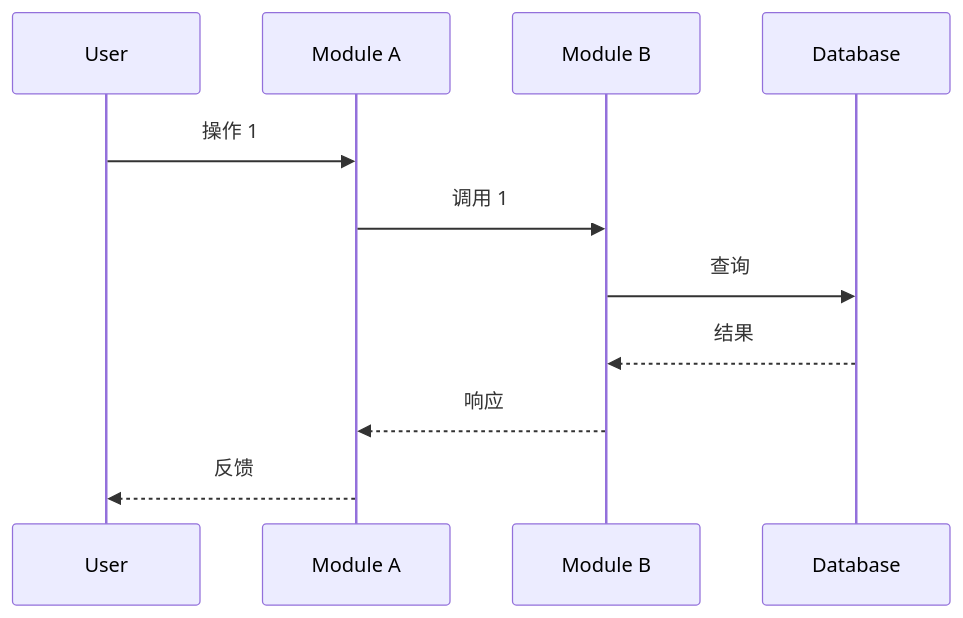
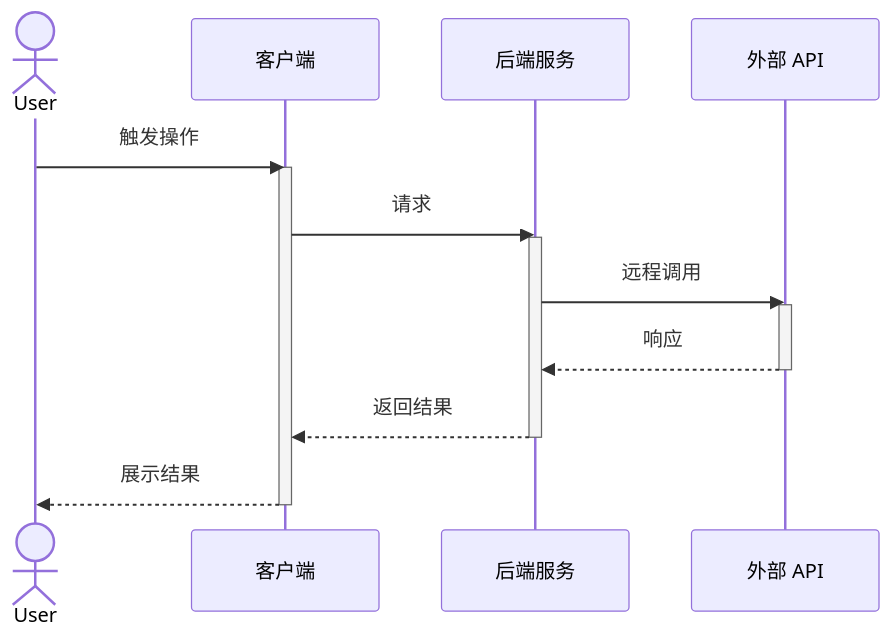
Before and after one commit to vanpipy/SSD-Template: the first of 2 diagrams in schema/tech_design/apis.md, drawn with Mermaid. The commit also changed other lines of this file and 70 other files, not shown here.

````diff
--- a/schema/tech_design/apis.md
+++ b/schema/tech_design/apis.md
@@ -94,14 +140,20 @@
 ```mermaid
 sequenceDiagram
-    participant U as User
-    participant A as Module A
-    participant B as Module B
-    participant D as Database
+    actor U as User
+    participant App as 客户端
+    participant API as 后端服务
+    participant Ext as 外部 API
 
-    U->>A: 操作 1
-    A->>B: 调用 1
-    B->>D: 查询
-    D-->>B: 结果
-    B-->>A: 响应
-    A-->>U: 反馈
+    U->>App: 触发操作
+    activate App
+    App->>API: 请求
+    activate API
+    API->>Ext: 远程调用
+    activate Ext
+    Ext-->>API: 响应
+    deactivate Ext
+    API-->>App: 返回结果
+    deactivate API
+    App-->>U: 展示结果
+    deactivate App
 ```
````
